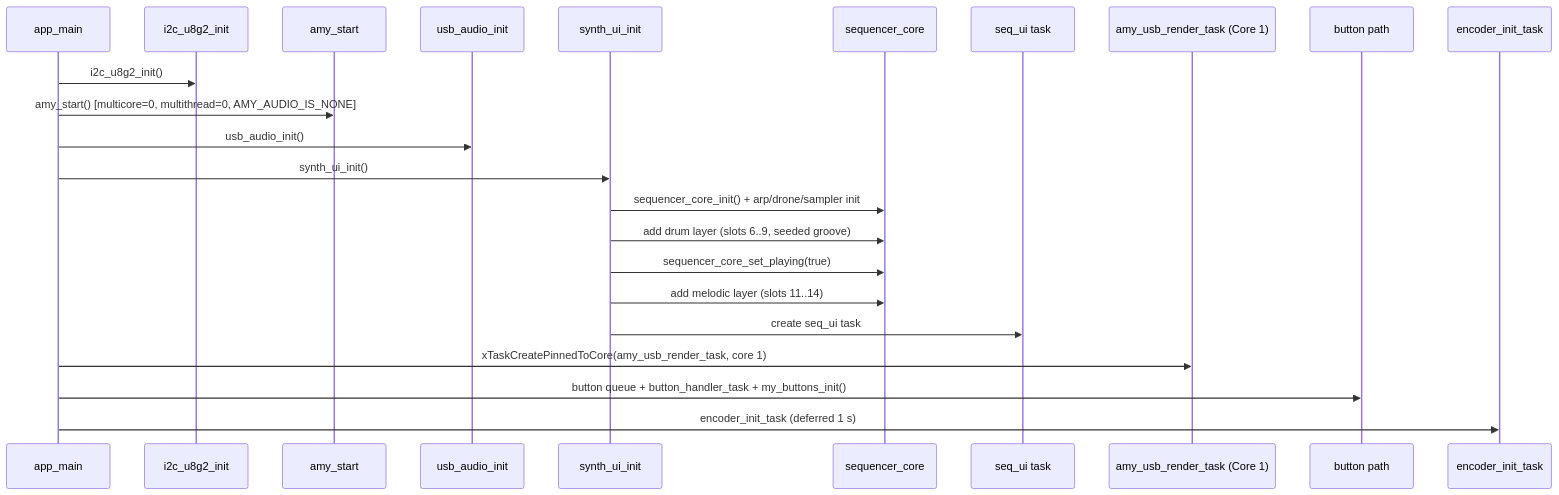
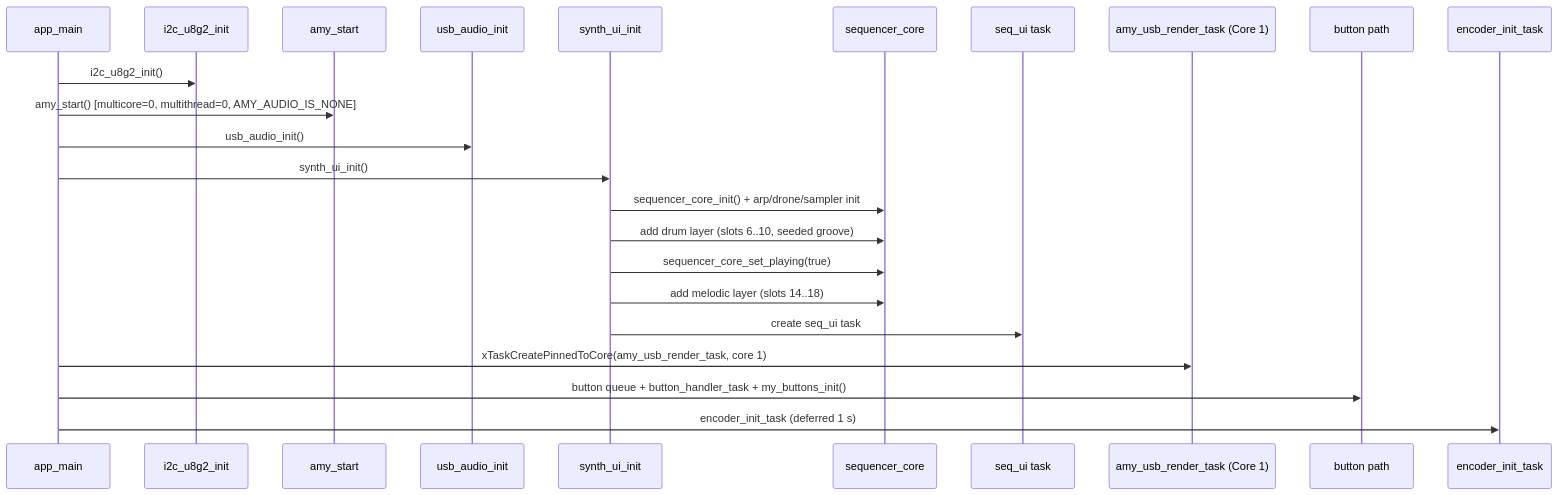
The fourth of 4 diagrams in SEQUENCER-ARCHITECTURE.md (rt-rtos/S3-Amysynth), drawn with Mermaid before and after one commit. The commit also changed other lines of this file and 30 other files, not shown here.

First line of the commit message:
Sequencer: layers with a fifth row

````diff
--- a/SEQUENCER-ARCHITECTURE.md
+++ b/SEQUENCER-ARCHITECTURE.md
@@ -467,26 +472,26 @@
 ```mermaid
 sequenceDiagram
     participant app_main
     participant OLED as i2c_u8g2_init
     participant AMY as amy_start
     participant USB as usb_audio_init
     participant UI as synth_ui_init
     participant Core as sequencer_core
     participant SeqTask as seq_ui task
     participant Render as amy_usb_render_task (Core 1)
     participant Btn as button path
     participant Enc as encoder_init_task
 
     app_main->>OLED: i2c_u8g2_init()
     app_main->>AMY: amy_start() [multicore=0, multithread=0, AMY_AUDIO_IS_NONE]
     app_main->>USB: usb_audio_init()
     app_main->>UI: synth_ui_init()
     UI->>Core: sequencer_core_init() + arp/drone/sampler init
-    UI->>Core: add drum layer (slots 6..9, seeded groove)
+    UI->>Core: add drum layer (slots 6..10, seeded groove)
     UI->>Core: sequencer_core_set_playing(true)
-    UI->>Core: add melodic layer (slots 11..14)
+    UI->>Core: add melodic layer (slots 14..18)
     UI->>SeqTask: create seq_ui task
     app_main->>Render: xTaskCreatePinnedToCore(amy_usb_render_task, core 1)
     app_main->>Btn: button queue + button_handler_task + my_buttons_init()
     app_main->>Enc: encoder_init_task (deferred 1 s)
 ```
````
